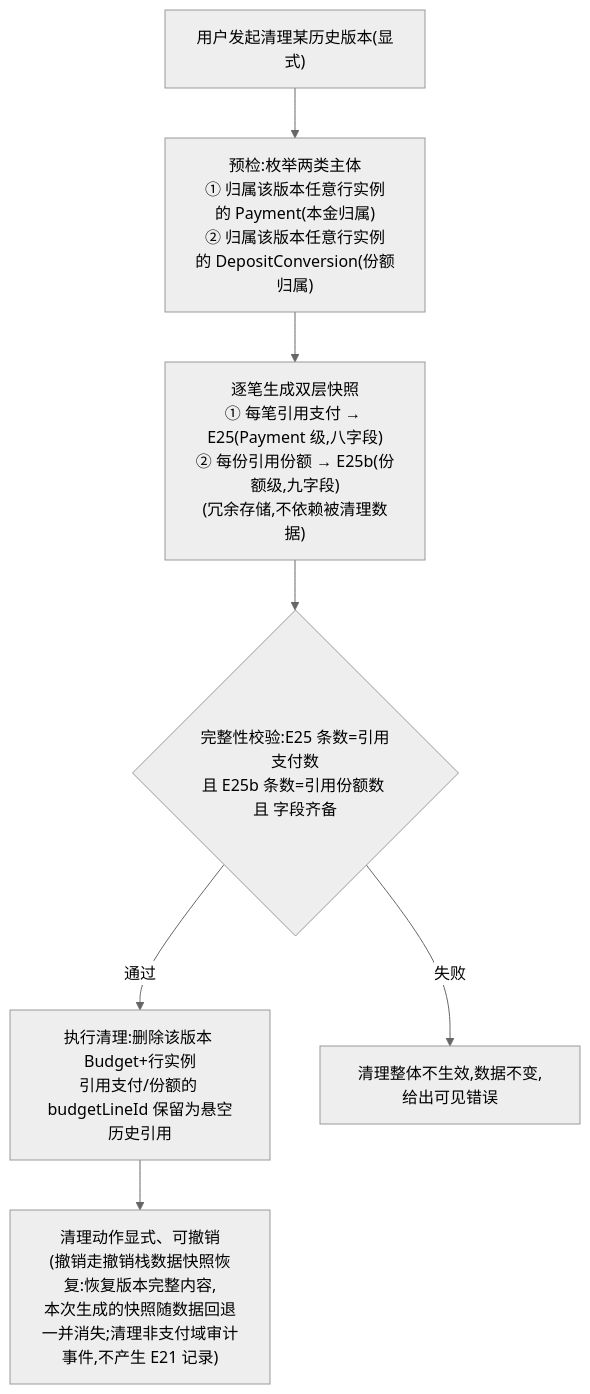
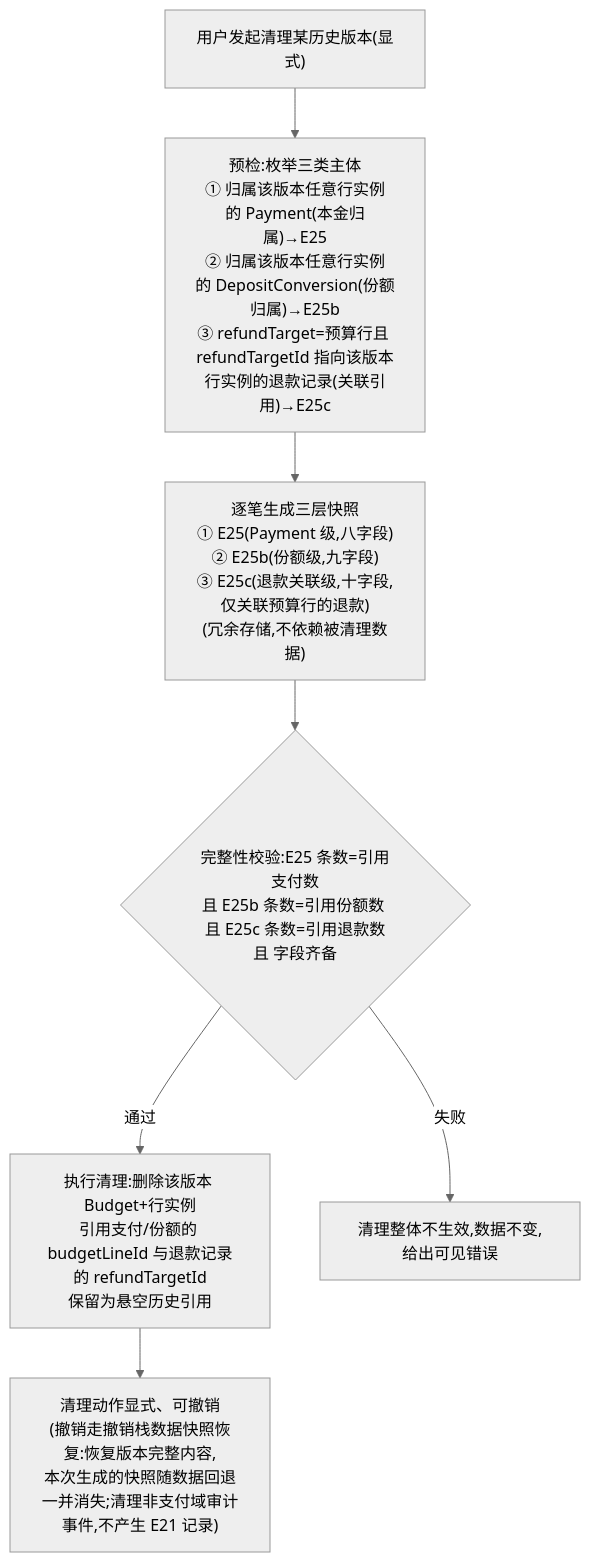
One commit to summax/trip-scope changed the ninth of 9 diagrams in docs/domain-model-v1.md. Above: the diagram before and after it, drawn with Mermaid (neutral theme). The commit also changed other lines of this file and 3 other files, not shown here.

````diff
--- a/docs/domain-model-v1.md
+++ b/docs/domain-model-v1.md
@@ -1016,9 +1051,9 @@
 ```mermaid
 flowchart TD
-    A["用户发起清理某历史版本(显式)"] --> B["预检:枚举两类主体<br/>① 归属该版本任意行实例的 Payment(本金归属)<br/>② 归属该版本任意行实例的 DepositConversion(份额归属)"]
-    B --> C["逐笔生成双层快照<br/>① 每笔引用支付 → E25(Payment 级,八字段)<br/>② 每份引用份额 → E25b(份额级,九字段)<br/>(冗余存储,不依赖被清理数据)"]
-    C --> D{"完整性校验:E25 条数=引用支付数<br/>且 E25b 条数=引用份额数 且 字段齐备"}
-    D -->|通过| E["执行清理:删除该版本 Budget+行实例<br/>引用支付/份额的 budgetLineId 保留为悬空历史引用"]
+    A["用户发起清理某历史版本(显式)"] --> B["预检:枚举三类主体<br/>① 归属该版本任意行实例的 Payment(本金归属)→E25<br/>② 归属该版本任意行实例的 DepositConversion(份额归属)→E25b<br/>③ refundTarget=预算行且 refundTargetId 指向该版本行实例的退款记录(关联引用)→E25c"]
+    B --> C["逐笔生成三层快照<br/>① E25(Payment 级,八字段)<br/>② E25b(份额级,九字段)<br/>③ E25c(退款关联级,十字段,仅关联预算行的退款)<br/>(冗余存储,不依赖被清理数据)"]
+    C --> D{"完整性校验:E25 条数=引用支付数<br/>且 E25b 条数=引用份额数 且 E25c 条数=引用退款数<br/>且 字段齐备"}
+    D -->|通过| E["执行清理:删除该版本 Budget+行实例<br/>引用支付/份额的 budgetLineId 与退款记录的 refundTargetId<br/>保留为悬空历史引用"]
     D -->|失败| F["清理整体不生效,数据不变,给出可见错误"]
     E --> G["清理动作显式、可撤销<br/>(撤销走撤销栈数据快照恢复:恢复版本完整内容,<br/>本次生成的快照随数据回退一并消失;清理非支付域审计事件,不产生 E21 记录)"]
 ```
````
